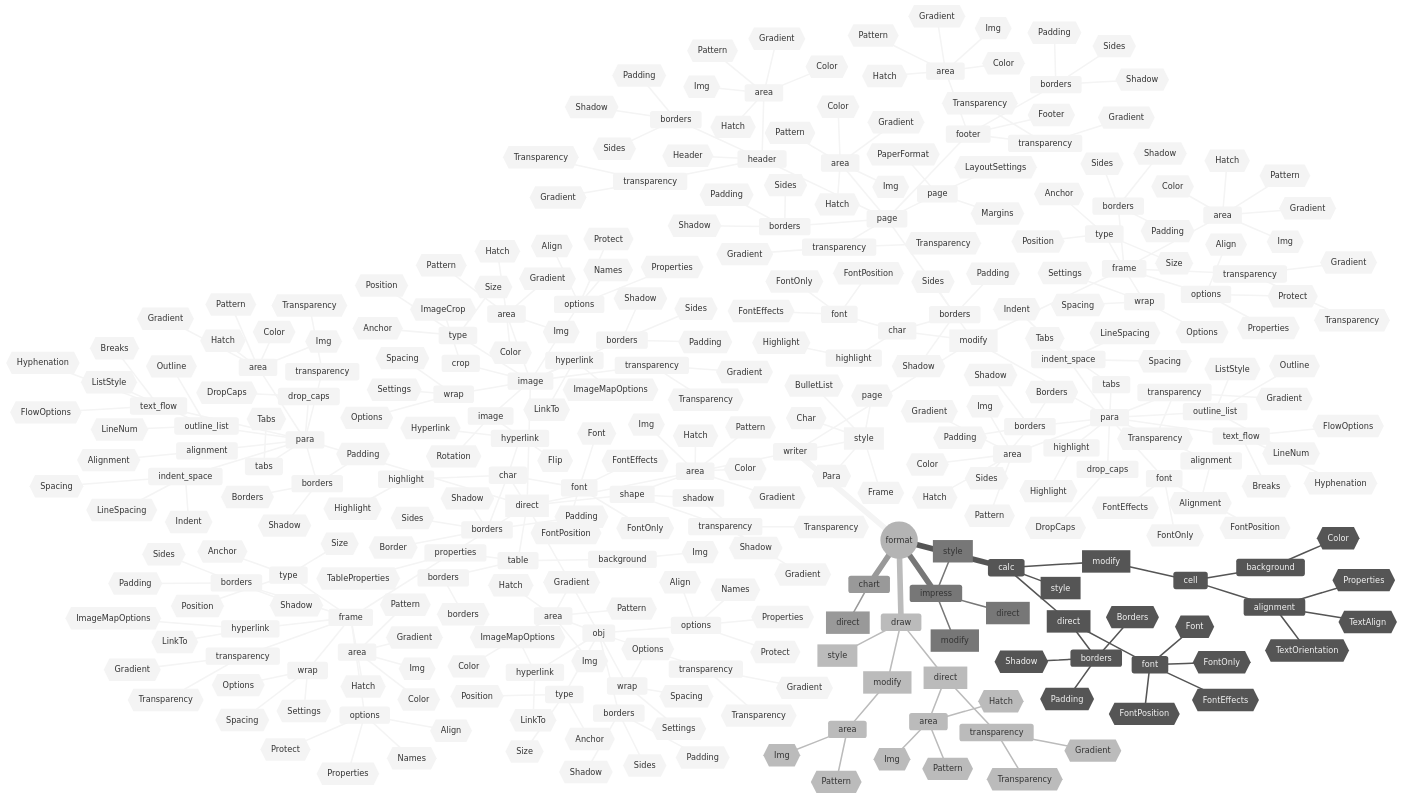
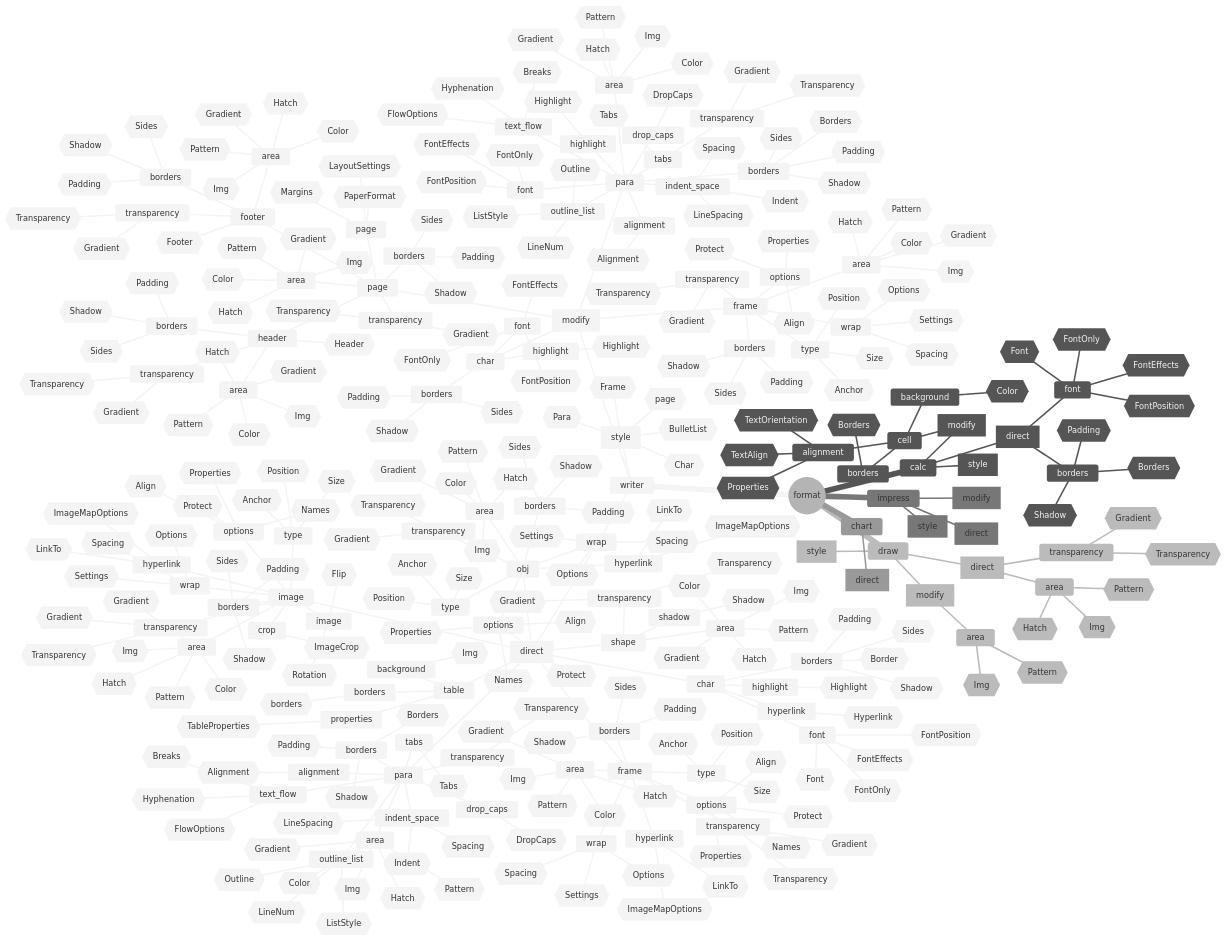
One commit to Amourspirit/python_ooo_dev_tools changed the diagram in ooodev/format/readme.md. Above: the diagram before and after it, drawn with Mermaid (neutral theme). The commit also changed 24 other files, not shown here.

```diff
--- a/ooodev/format/readme.md
+++ b/ooodev/format/readme.md
@@ -317,6 +317,8 @@
                         id{{Properties}}
                     background
                         id{{Color}}
+                    borders
+                        id{{Borders}}
             [style]
         draw
             [direct]
```
